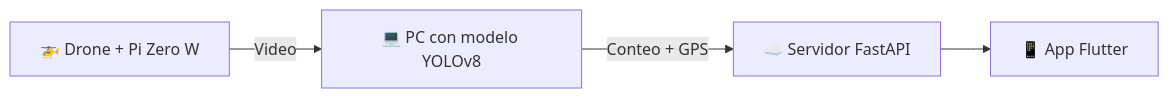
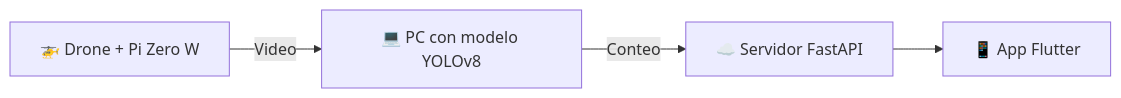
The diagram in README.md (impatrq/Noctua), drawn with Mermaid before and after one commit.

````diff
--- a/README.md
+++ b/README.md
@@ -79,6 +79,6 @@
 ```mermaid
 flowchart LR
     A[🚁 Drone + Pi Zero W] -->|Video| B[💻 PC con modelo YOLOv8]
-    B -->|Conteo + GPS| C[☁️ Servidor FastAPI]
+    B -->|Conteo| C[☁️ Servidor FastAPI]
     C --> D[📱 App Flutter]
 ```
````
